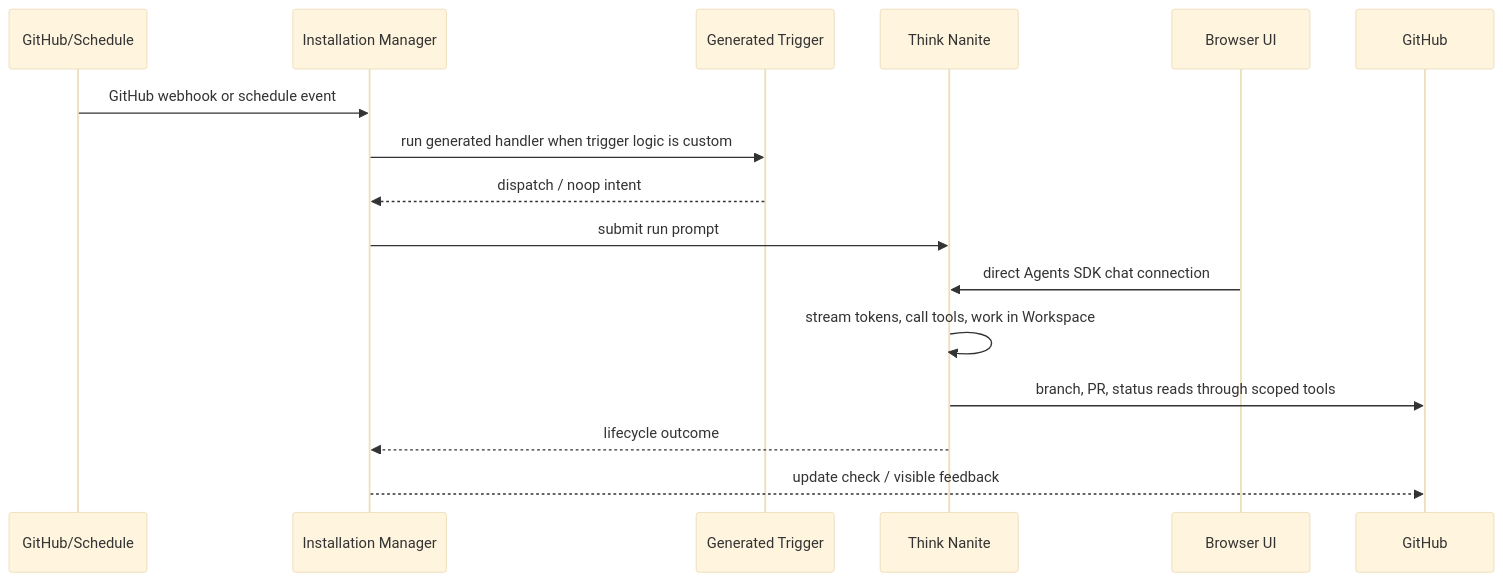
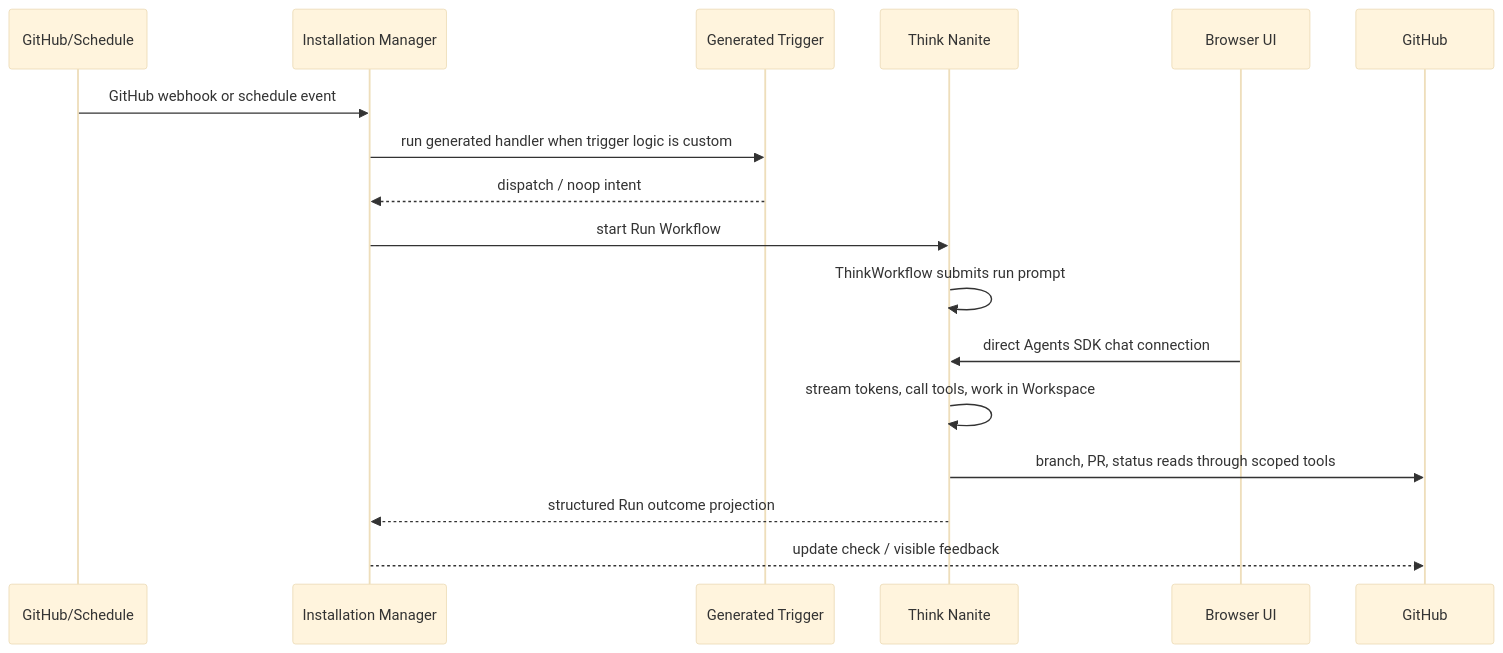
Before and after one commit to WebMCP-org/nanites: the second of 2 diagrams in docs/architecture/README.md, drawn with Mermaid (base theme). The commit also changed other lines of this file and 58 other files, not shown here.

First line of the commit message:
Adopt workflow-backed Nanite runs

````diff
--- a/docs/architecture/README.md
+++ b/docs/architecture/README.md
@@ -51,19 +53,20 @@
 ```mermaid
 sequenceDiagram
   participant Event as GitHub/Schedule
   participant Manager as Installation Manager
   participant Trigger as Generated Trigger
   participant Nanite as Think Nanite
   participant UI as Browser UI
   participant GitHub as GitHub
 
   Event->>Manager: GitHub webhook or schedule event
   Manager->>Trigger: run generated handler when trigger logic is custom
   Trigger-->>Manager: dispatch / noop intent
-  Manager->>Nanite: submit run prompt
+  Manager->>Nanite: start Run Workflow
+  Nanite->>Nanite: ThinkWorkflow submits run prompt
   UI->>Nanite: direct Agents SDK chat connection
   Nanite->>Nanite: stream tokens, call tools, work in Workspace
   Nanite->>GitHub: branch, PR, status reads through scoped tools
-  Nanite-->>Manager: lifecycle outcome
+  Nanite-->>Manager: structured Run outcome projection
   Manager-->>GitHub: update check / visible feedback
 ```
````
